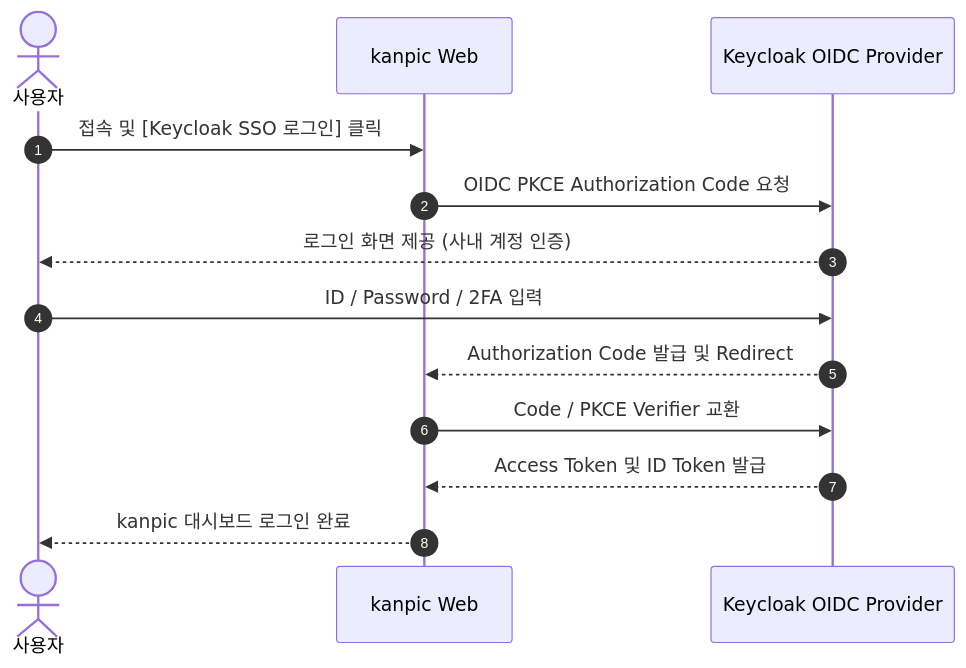
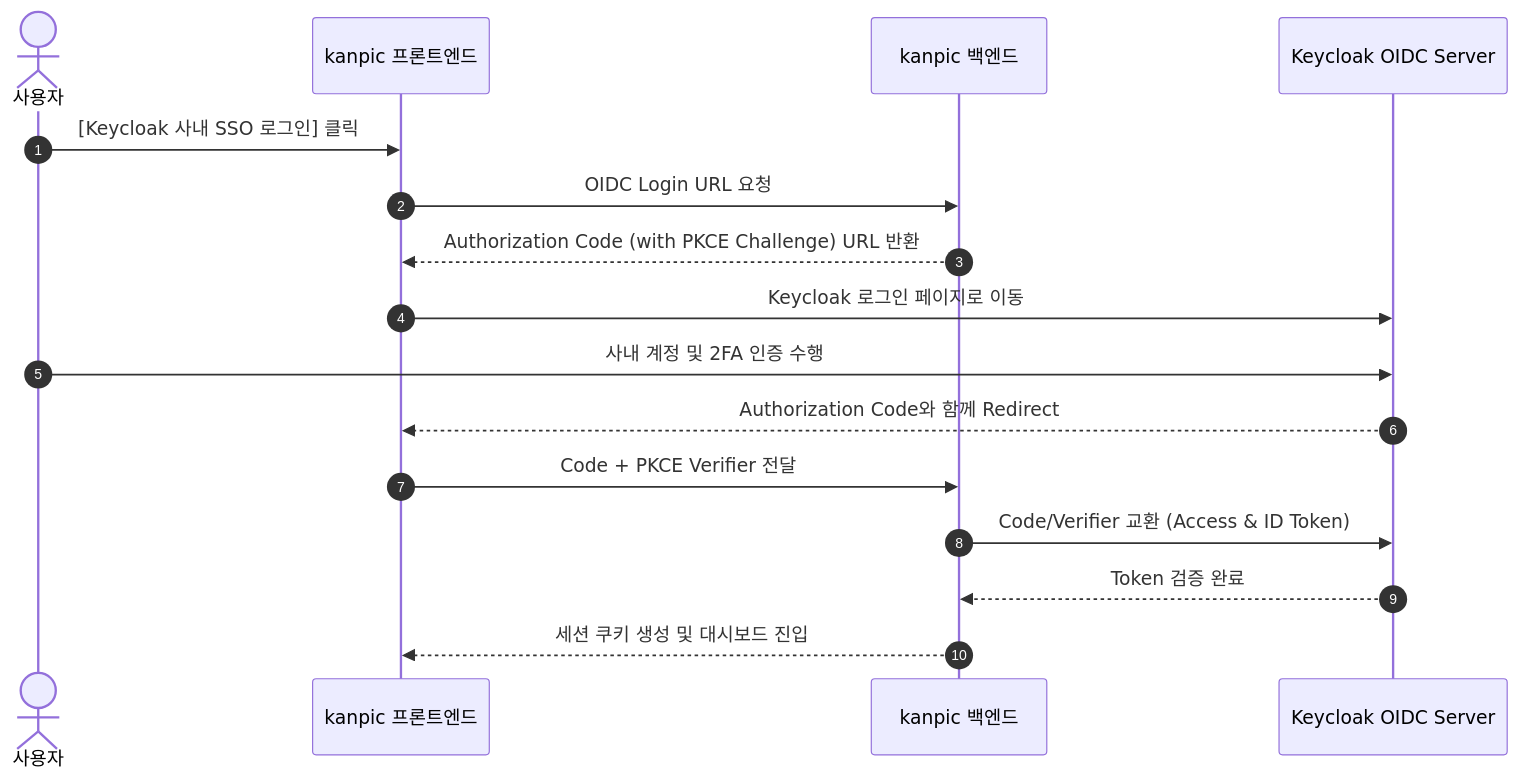
The second of 3 diagrams in docs/USER_GUIDE.md (hkjang/kanpic), drawn with Mermaid before and after one commit. The commit also changed other lines of this file and 5 other files, not shown here.

````diff
--- a/docs/USER_GUIDE.md
+++ b/docs/USER_GUIDE.md
@@ -28,16 +46,19 @@
 ```mermaid
 sequenceDiagram
     autonumber
     actor User as 사용자
-    participant App as kanpic Web
-    participant Auth as Keycloak OIDC Provider
-    
-    User->>App: 접속 및 [Keycloak SSO 로그인] 클릭
-    App->>Auth: OIDC PKCE Authorization Code 요청
-    Auth-->>User: 로그인 화면 제공 (사내 계정 인증)
-    User->>Auth: ID / Password / 2FA 입력
-    Auth-->>App: Authorization Code 발급 및 Redirect
-    App->>Auth: Code / PKCE Verifier 교환
-    Auth-->>App: Access Token 및 ID Token 발급
-    App-->>User: kanpic 대시보드 로그인 완료
+    participant App as kanpic 프론트엔드
+    participant Server as kanpic 백엔드
+    participant Keycloak as Keycloak OIDC Server
+
+    User->>App: [Keycloak 사내 SSO 로그인] 클릭
+    App->>Server: OIDC Login URL 요청
+    Server-->>App: Authorization Code (with PKCE Challenge) URL 반환
+    App->>Keycloak: Keycloak 로그인 페이지로 이동
+    User->>Keycloak: 사내 계정 및 2FA 인증 수행
+    Keycloak-->>App: Authorization Code와 함께 Redirect
+    App->>Server: Code + PKCE Verifier 전달
+    Server->>Keycloak: Code/Verifier 교환 (Access & ID Token)
+    Keycloak-->>Server: Token 검증 완료
+    Server-->>App: 세션 쿠키 생성 및 대시보드 진입
 ```
````
